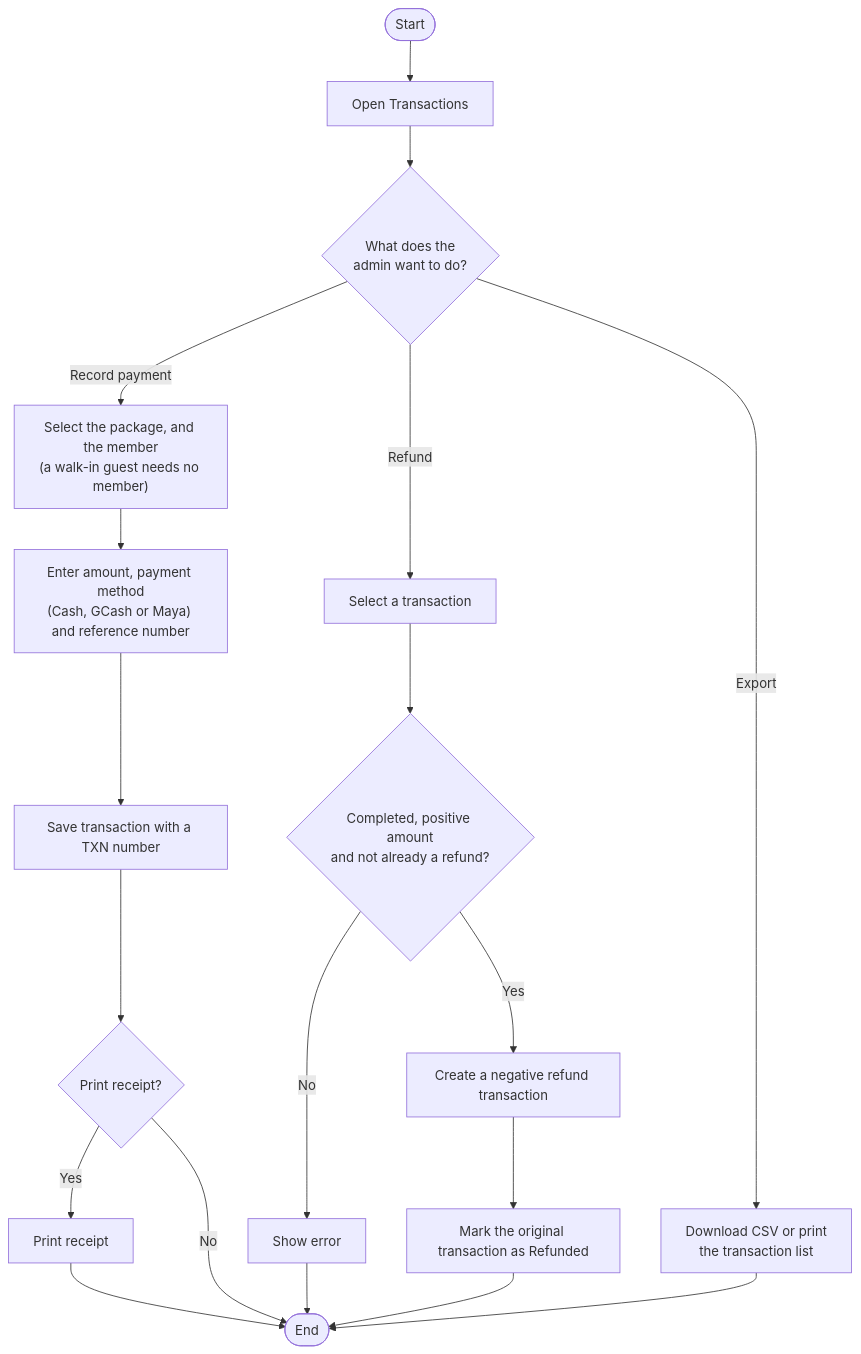
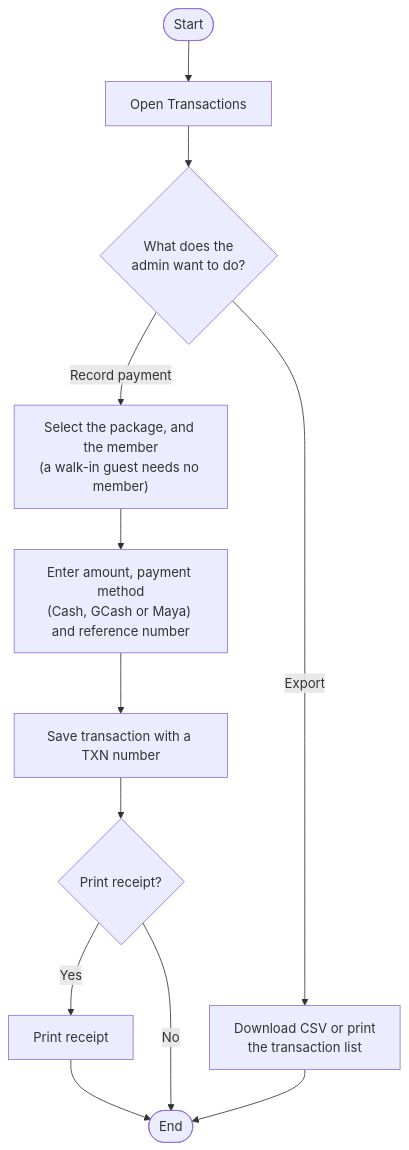
One commit to Plonteras191/GYM2-CAPSTONE changed the seventh of 8 diagrams in Correct_Diagrams/1_System_Process_Flow_Diagram.md. Above: the diagram before and after it, drawn with Mermaid. The commit also changed other lines of this file and 26 other files, not shown here.

````diff
--- a/Correct_Diagrams/1_System_Process_Flow_Diagram.md
+++ b/Correct_Diagrams/1_System_Process_Flow_Diagram.md
@@ -168,24 +200,16 @@
 ```mermaid
 flowchart TD
     A([Start]) --> B["Open Transactions"]
     B --> C{"What does the<br/>admin want to do?"}
 
     C -- "Record payment" --> D["Select the package, and the member<br/>(a walk-in guest needs no member)"]
     D --> E["Enter amount, payment method<br/>(Cash, GCash or Maya) and reference number"]
     E --> F["Save transaction with a TXN number"]
     F --> G{"Print receipt?"}
     G -- Yes --> H["Print receipt"]
     H --> Z([End])
     G -- No --> Z
 
-    C -- "Refund" --> I["Select a transaction"]
-    I --> J{"Completed, positive amount<br/>and not already a refund?"}
-    J -- No --> K["Show error"]
-    K --> Z
-    J -- Yes --> L["Create a negative refund transaction"]
-    L --> M["Mark the original transaction as Refunded"]
-    M --> Z
-
     C -- "Export" --> N["Download CSV or print<br/>the transaction list"]
     N --> Z
 ```
````
